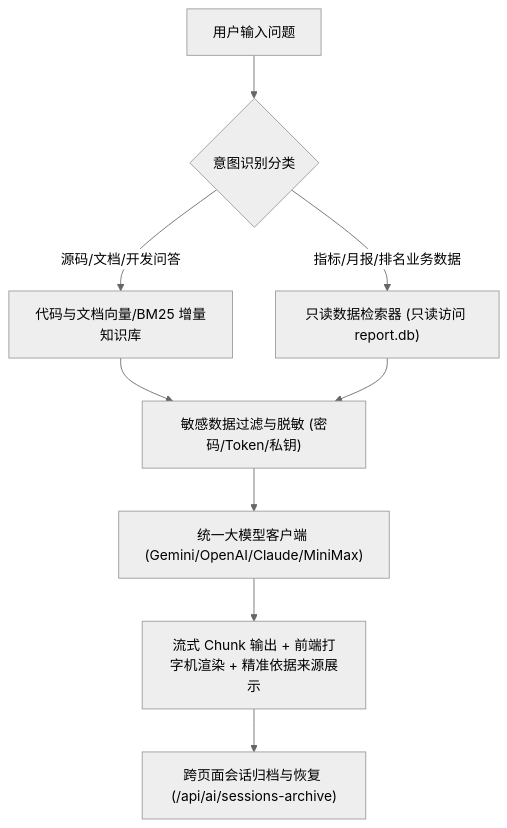
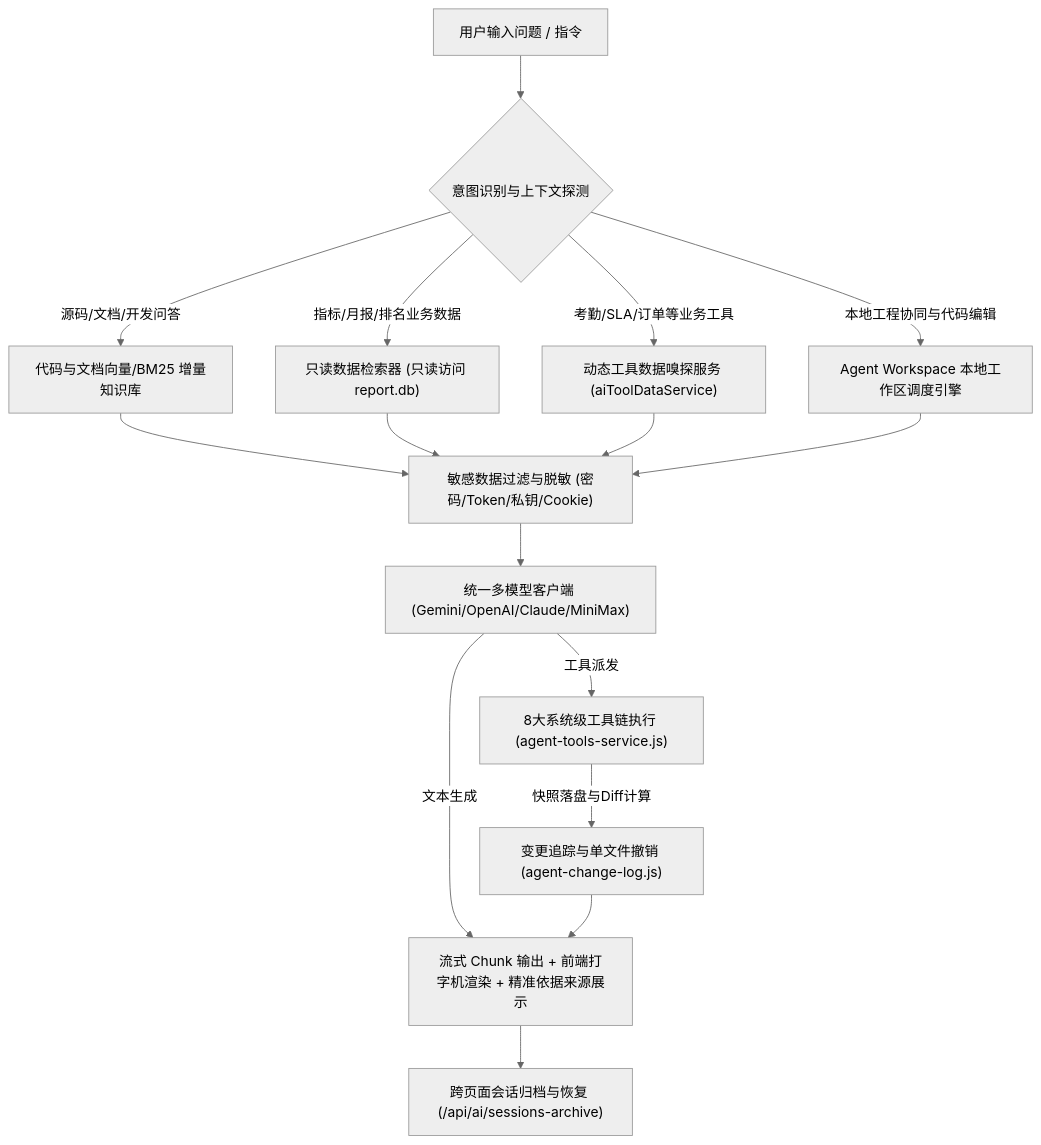
The eighth of 20 diagrams in tools-platform/README.md (fanxiaolongx-max/Dragon-Platform), drawn with Mermaid (neutral theme) before and after one commit. The commit also changed other lines of this file and 105 other files, not shown here.

First line of the commit message:
feat: 重构首页为 Dragon Claw 双模工作台，引入 Agent Workspace 闭环生态、桌宠紧凑自愈与 Dragon Platform 矩阵品牌升级

````diff
--- a/tools-platform/README.md
+++ b/tools-platform/README.md
@@ -613,11 +667,15 @@
 ```mermaid
 flowchart TD
-    Q["用户输入问题"] --> INT{"意图识别分类"}
+    Q["用户输入问题 / 指令"] --> INT{"意图识别与上下文探测"}
     INT -->|源码/文档/开发问答| K1["代码与文档向量/BM25 增量知识库"]
     INT -->|指标/月报/排名业务数据| K2["只读数据检索器 (只读访问 report.db)"]
-    K1 --> SEC["敏感数据过滤与脱敏 (密码/Token/私钥)"]
-    K2 --> SEC
-    SEC --> LLM["统一大模型客户端 (Gemini/OpenAI/Claude/MiniMax)"]
-    LLM --> OUT["流式 Chunk 输出 + 前端打字机渲染 + 精准依据来源展示"]
+    INT -->|考勤/SLA/订单等业务工具| K4["动态工具数据嗅探服务 (aiToolDataService)"]
+    INT -->|本地工程协同与代码编辑| K3["Agent Workspace 本地工作区调度引擎"]
+    K1 & K2 & K4 & K3 --> SEC["敏感数据过滤与脱敏 (密码/Token/私钥/Cookie)"]
+    SEC --> LLM["统一多模型客户端 (Gemini/OpenAI/Claude/MiniMax)"]
+    LLM -->|文本生成| OUT["流式 Chunk 输出 + 前端打字机渲染 + 精准依据来源展示"]
+    LLM -->|工具派发| EXEC["8大系统级工具链执行 (agent-tools-service.js)"]
+    EXEC -->|快照落盘与Diff计算| DIFF["变更追踪与单文件撤销 (agent-change-log.js)"]
+    DIFF --> OUT
     OUT --> SESS["跨页面会话归档与恢复 (/api/ai/sessions-archive)"]
 ```
````
